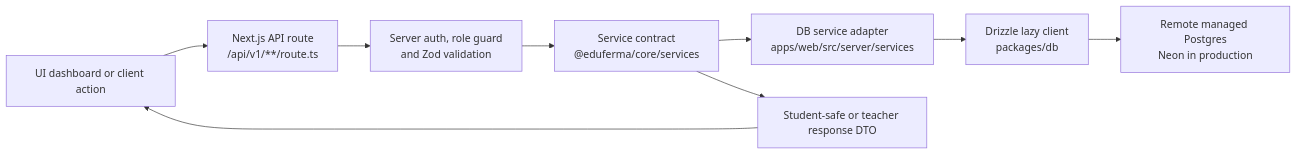
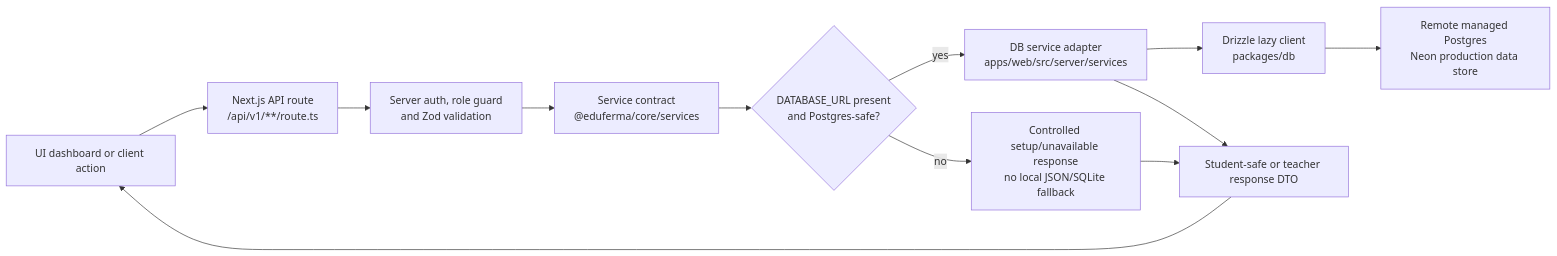
One commit to lkeey/EduFerma changed the first of 2 diagrams in README.md. Above: the diagram before and after it, drawn with Mermaid. The commit also changed 7 other files, not shown here.

````diff
--- a/README.md
+++ b/README.md
@@ -48,11 +48,14 @@
 ```mermaid
 flowchart LR
   UI["UI dashboard or client action"] --> Route["Next.js API route<br/>/api/v1/**/route.ts"]
   Route --> Guard["Server auth, role guard<br/>and Zod validation"]
   Guard --> Services["Service contract<br/>@eduferma/core/services"]
-  Services --> DbServices["DB service adapter<br/>apps/web/src/server/services"]
+  Services --> DbUrl{"DATABASE_URL present<br/>and Postgres-safe?"}
+  DbUrl -- "yes" --> DbServices["DB service adapter<br/>apps/web/src/server/services"]
   DbServices --> Drizzle["Drizzle lazy client<br/>packages/db"]
-  Drizzle --> Neon["Remote managed Postgres<br/>Neon in production"]
-  Services --> Response["Student-safe or teacher response DTO"]
+  Drizzle --> Neon["Remote managed Postgres<br/>Neon production data store"]
+  DbUrl -- "no" --> Setup["Controlled setup/unavailable response<br/>no local JSON/SQLite fallback"]
+  DbServices --> Response["Student-safe or teacher response DTO"]
+  Setup --> Response
   Response --> UI
 ```
````
